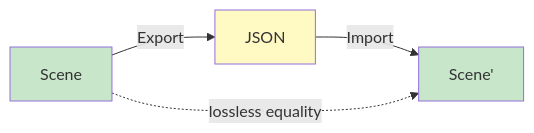
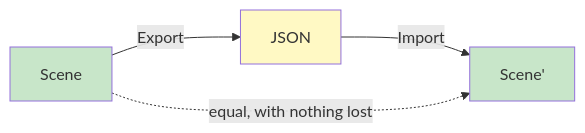
One commit to hiroxpepe/briko changed the fifth of 11 diagrams in README.md. Above: the diagram before and after it, drawn with Mermaid. The commit also changed other lines of this file and 1 other file, not shown here.

````diff
--- a/README.md
+++ b/README.md
@@ -157,10 +188,10 @@
 ```mermaid
 graph LR
     A[Scene] -->|Export| B[JSON]
     B -->|Import| C["Scene'"]
-    A -.lossless equality.-> C
+    A -.equal, with nothing lost.-> C
 
     style A fill:#c8e6c9
     style B fill:#fff9c4
     style C fill:#c8e6c9
 ```
````
